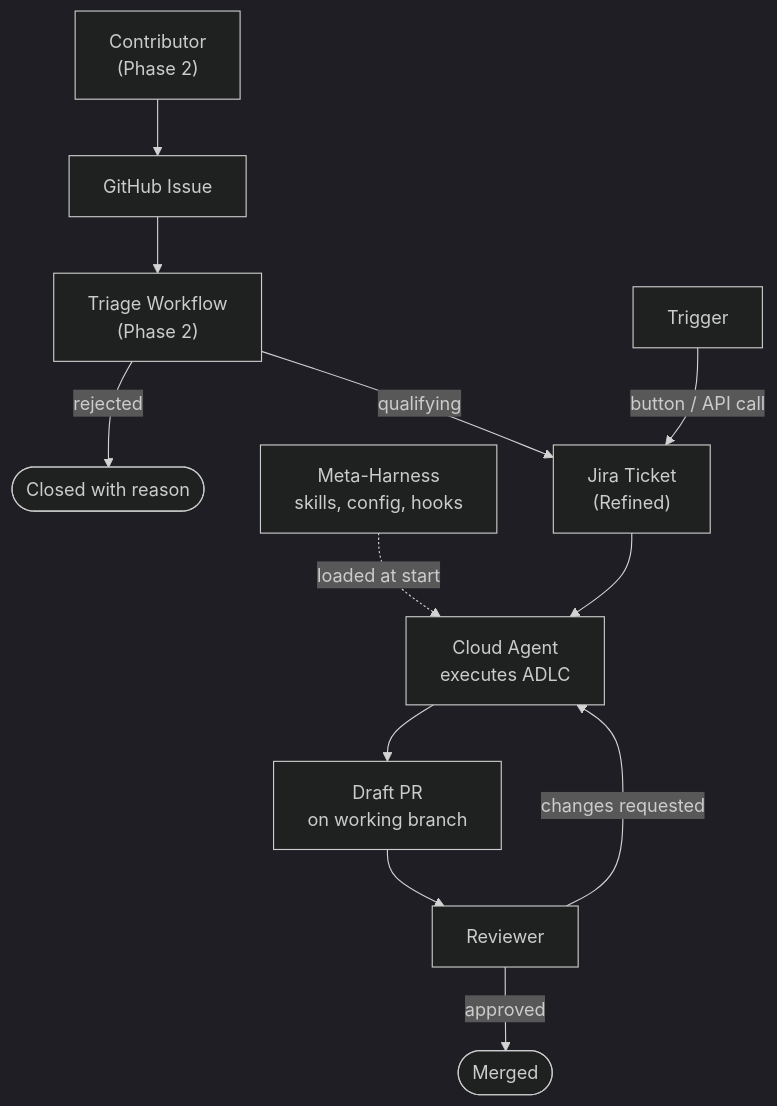
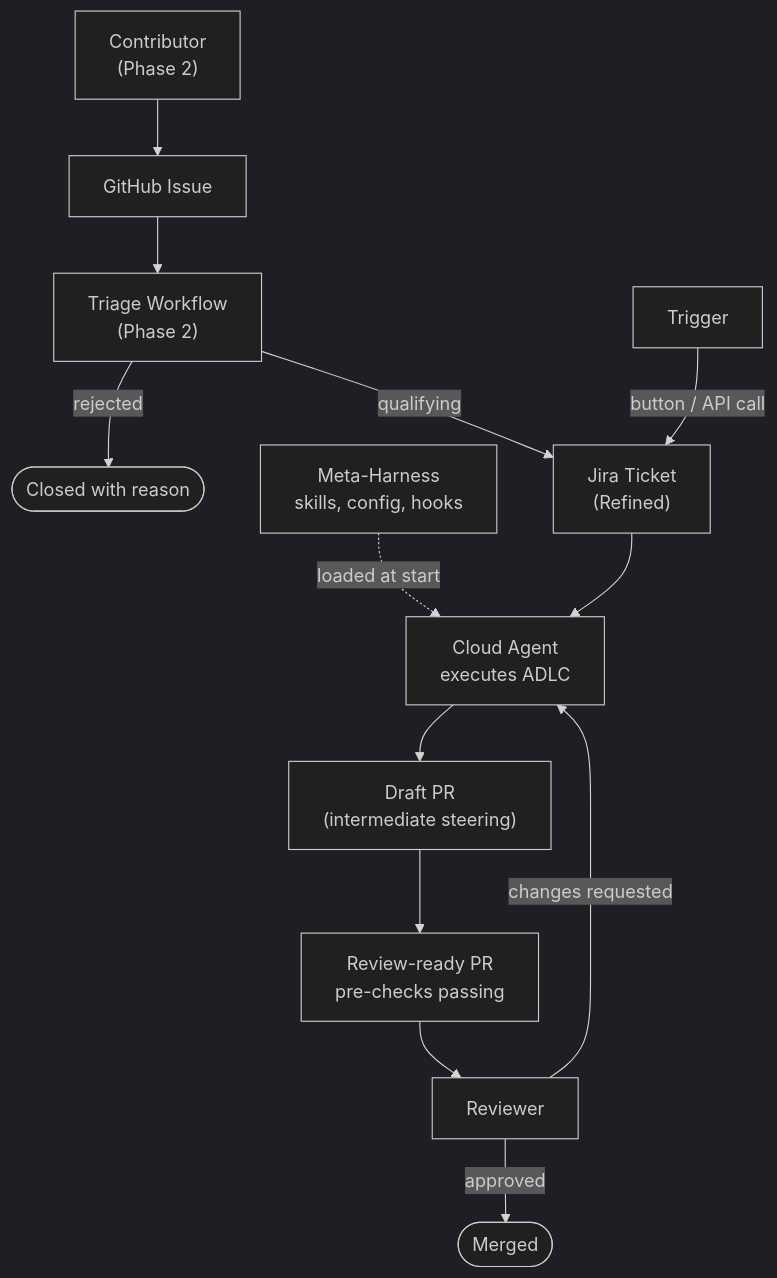
Before and after one commit to Ed-Fi-Alliance-OSS/Fiona: the first of 6 diagrams in docs/PRD-agentic-workflow.md, drawn with Mermaid (dark theme). The commit also changed other lines of this file, not shown here.

````diff
--- a/docs/PRD-agentic-workflow.md
+++ b/docs/PRD-agentic-workflow.md
@@ -178,15 +184,16 @@
 ```mermaid
 flowchart TD
     CONTRIB["Contributor\n(Phase 2)"] --> GHISSUE["GitHub Issue"]
     GHISSUE --> TRIAGE["Triage Workflow\n(Phase 2)"]
     TRIAGE -->|rejected| CLOSED(["Closed with reason"])
     TRIAGE -->|qualifying| JIRA
 
     TRIGGER["Trigger"] -->|"button / API call"| JIRA["Jira Ticket\n(Refined)"]
     META["Meta-Harness\nskills, config, hooks"] -.->|"loaded at start"| AGENT
     JIRA --> AGENT["Cloud Agent\nexecutes ADLC"]
-    AGENT --> DRAFTPR["Draft PR\non working branch"]
-    DRAFTPR --> REVIEWER["Reviewer"]
+    AGENT --> DRAFTPR["Draft PR\n(intermediate steering)"]
+    DRAFTPR --> READYPR["Review-ready PR\npre-checks passing"]
+    READYPR --> REVIEWER["Reviewer"]
     REVIEWER -->|"changes requested"| AGENT
     REVIEWER -->|"approved"| MERGE(["Merged"])
 ```
````
